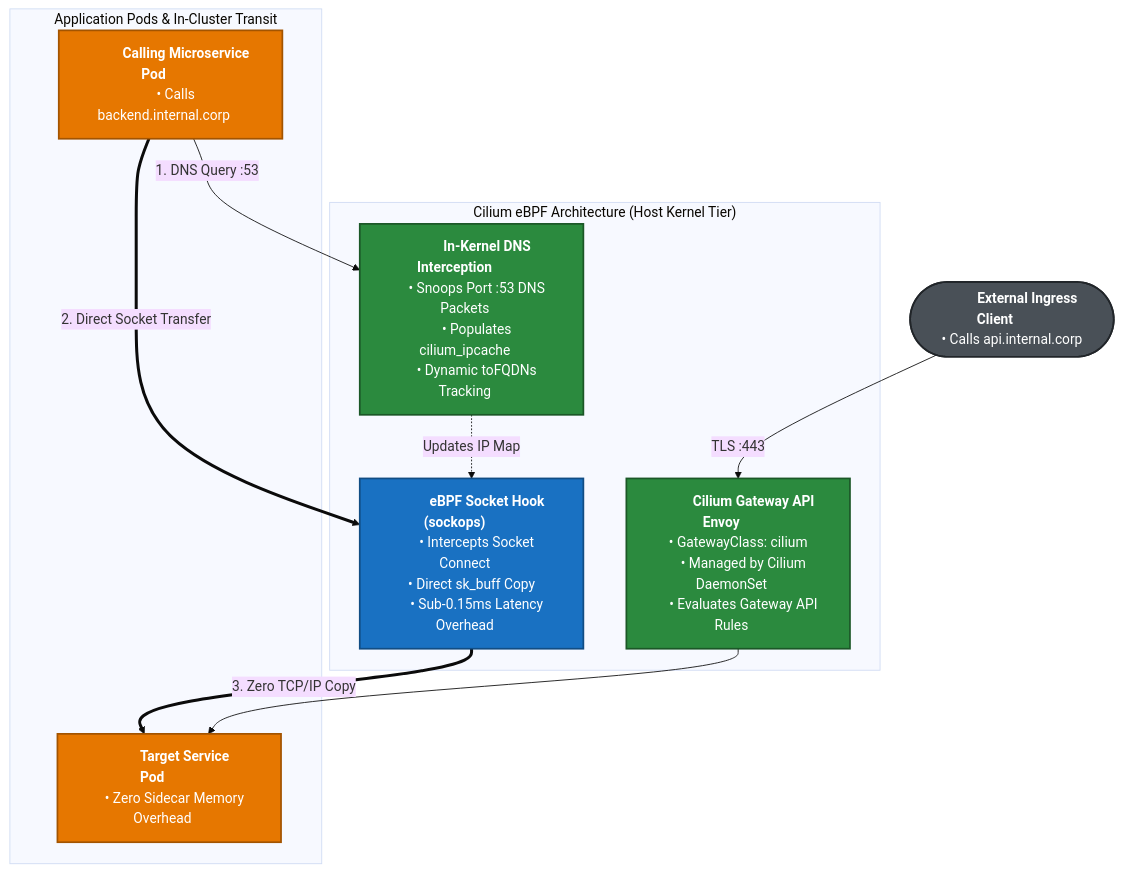
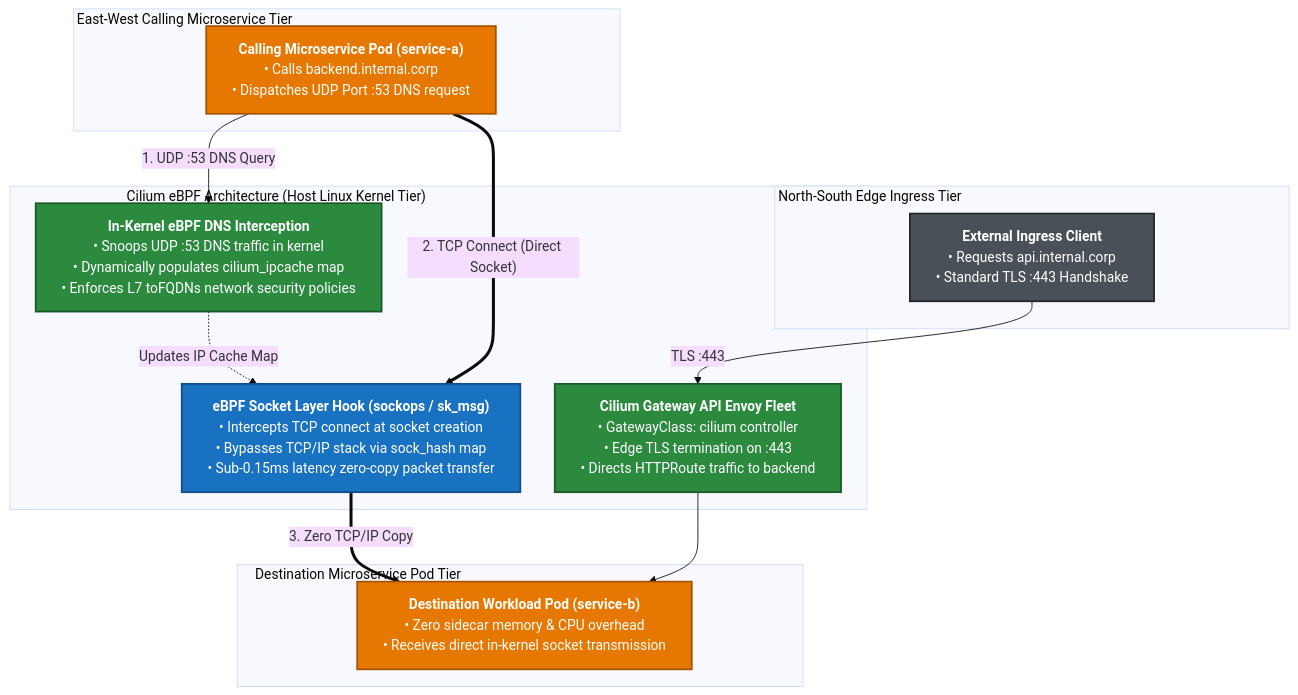
One commit to nubenetes/cloudnative-ingress-mesh-lab changed the fifth of 6 diagrams in docs/GATEWAY_API_WITHOUT_TRAEFIK.md. Above: the diagram before and after it, drawn with Mermaid (base theme). The commit also changed other lines of this file, not shown here.

Commit message:
docs(gateway-api): fix diagrams with wrappingWidth/hexagons, deepen Cilium encryption analysis, and add 2026-2027 maturity matrix

````diff
--- a/docs/GATEWAY_API_WITHOUT_TRAEFIK.md
+++ b/docs/GATEWAY_API_WITHOUT_TRAEFIK.md
@@ -517,34 +542,41 @@
 ```mermaid
+%%{init: {"flowchart": {"wrappingWidth": 450, "nodeSpacing": 40, "rankSpacing": 40}}}%%
 flowchart TD
-    ExtClient(["&nbsp;&nbsp;&nbsp;&nbsp;&nbsp;&nbsp;&nbsp;&nbsp;&nbsp;&nbsp;<b>External Ingress Client</b>&nbsp;&nbsp;&nbsp;&nbsp;&nbsp;&nbsp;&nbsp;&nbsp;&nbsp;&nbsp;<br/>&nbsp;&nbsp;&nbsp;&nbsp;• Calls api.internal.corp&nbsp;&nbsp;&nbsp;&nbsp;"]) -->|"TLS :443"| CiliumGW
-
-    subgraph CiliumPlane ["&nbsp;&nbsp;&nbsp;&nbsp;&nbsp;&nbsp;&nbsp;&nbsp;&nbsp;&nbsp;&nbsp;&nbsp;Cilium eBPF Architecture (Host Kernel Tier)&nbsp;&nbsp;&nbsp;&nbsp;&nbsp;&nbsp;&nbsp;&nbsp;&nbsp;&nbsp;&nbsp;&nbsp;"]
-        CiliumGW["&nbsp;&nbsp;&nbsp;&nbsp;&nbsp;&nbsp;&nbsp;&nbsp;&nbsp;&nbsp;<b>Cilium Gateway API Envoy</b>&nbsp;&nbsp;&nbsp;&nbsp;&nbsp;&nbsp;&nbsp;&nbsp;&nbsp;&nbsp;<br/>&nbsp;&nbsp;&nbsp;&nbsp;• GatewayClass: cilium&nbsp;&nbsp;&nbsp;&nbsp;<br/>&nbsp;&nbsp;&nbsp;&nbsp;• Managed by Cilium DaemonSet&nbsp;&nbsp;&nbsp;&nbsp;<br/>&nbsp;&nbsp;&nbsp;&nbsp;• Evaluates Gateway API Rules&nbsp;&nbsp;&nbsp;&nbsp;"]
-        
-        KernelHook["&nbsp;&nbsp;&nbsp;&nbsp;&nbsp;&nbsp;&nbsp;&nbsp;&nbsp;&nbsp;<b>eBPF Socket Hook (sockops)</b>&nbsp;&nbsp;&nbsp;&nbsp;&nbsp;&nbsp;&nbsp;&nbsp;&nbsp;&nbsp;<br/>&nbsp;&nbsp;&nbsp;&nbsp;• Intercepts Socket Connect&nbsp;&nbsp;&nbsp;&nbsp;<br/>&nbsp;&nbsp;&nbsp;&nbsp;• Direct sk_buff Copy&nbsp;&nbsp;&nbsp;&nbsp;<br/>&nbsp;&nbsp;&nbsp;&nbsp;• Sub-0.15ms Latency Overhead&nbsp;&nbsp;&nbsp;&nbsp;"]
-        
-        DNSProxy["&nbsp;&nbsp;&nbsp;&nbsp;&nbsp;&nbsp;&nbsp;&nbsp;&nbsp;&nbsp;<b>In-Kernel DNS Interception</b>&nbsp;&nbsp;&nbsp;&nbsp;&nbsp;&nbsp;&nbsp;&nbsp;&nbsp;&nbsp;<br/>&nbsp;&nbsp;&nbsp;&nbsp;• Snoops Port :53 DNS Packets&nbsp;&nbsp;&nbsp;&nbsp;<br/>&nbsp;&nbsp;&nbsp;&nbsp;• Populates cilium_ipcache&nbsp;&nbsp;&nbsp;&nbsp;<br/>&nbsp;&nbsp;&nbsp;&nbsp;• Dynamic toFQDNs Tracking&nbsp;&nbsp;&nbsp;&nbsp;"]
+    subgraph IngressTier ["North-South Edge Ingress Tier&nbsp;&nbsp;&nbsp;&nbsp;&nbsp;&nbsp;&nbsp;&nbsp;&nbsp;&nbsp;&nbsp;&nbsp;&nbsp;&nbsp;&nbsp;&nbsp;&nbsp;&nbsp;&nbsp;&nbsp;&nbsp;&nbsp;&nbsp;&nbsp;&nbsp;&nbsp;&nbsp;&nbsp;&nbsp;&nbsp;&nbsp;&nbsp;&nbsp;&nbsp;&nbsp;&nbsp;&nbsp;&nbsp;&nbsp;&nbsp;&nbsp;&nbsp;&nbsp;&nbsp;&nbsp;&nbsp;&nbsp;&nbsp;&nbsp;&nbsp;&nbsp;&nbsp;&nbsp;&nbsp;&nbsp;&nbsp;&nbsp;&nbsp;&nbsp;&nbsp;&nbsp;&nbsp;&nbsp;&nbsp;&nbsp;&nbsp;&nbsp;&nbsp;&nbsp;&nbsp;&nbsp;&nbsp;&nbsp;&nbsp;&nbsp;&nbsp;&nbsp;&nbsp;&nbsp;&nbsp;&nbsp;&nbsp;&nbsp;&nbsp;&nbsp;&nbsp;&nbsp;&nbsp;&nbsp;&nbsp;&nbsp;&nbsp;&nbsp;&nbsp;&nbsp;"]
+        ExtClient["<b>External Ingress Client</b><br/>• Requests api.internal.corp<br/>• Standard TLS :443 Handshake"]
     end
 
-    subgraph WorkloadTier ["&nbsp;&nbsp;&nbsp;&nbsp;&nbsp;&nbsp;&nbsp;&nbsp;&nbsp;&nbsp;&nbsp;&nbsp;Application Pods & In-Cluster Transit&nbsp;&nbsp;&nbsp;&nbsp;&nbsp;&nbsp;&nbsp;&nbsp;&nbsp;&nbsp;&nbsp;&nbsp;"]
-        PodA["&nbsp;&nbsp;&nbsp;&nbsp;&nbsp;&nbsp;&nbsp;&nbsp;&nbsp;&nbsp;<b>Calling Microservice Pod</b>&nbsp;&nbsp;&nbsp;&nbsp;&nbsp;&nbsp;&nbsp;&nbsp;&nbsp;&nbsp;<br/>&nbsp;&nbsp;&nbsp;&nbsp;• Calls backend.internal.corp&nbsp;&nbsp;&nbsp;&nbsp;"]
-        
-        PodB["&nbsp;&nbsp;&nbsp;&nbsp;&nbsp;&nbsp;&nbsp;&nbsp;&nbsp;&nbsp;<b>Target Service Pod</b>&nbsp;&nbsp;&nbsp;&nbsp;&nbsp;&nbsp;&nbsp;&nbsp;&nbsp;&nbsp;<br/>&nbsp;&nbsp;&nbsp;&nbsp;• Zero Sidecar Memory Overhead&nbsp;&nbsp;&nbsp;&nbsp;"]
-        
-        PodA -->|"1. DNS Query :53"| DNSProxy
-        DNSProxy -.->|"Updates IP Map"| KernelHook
-        PodA ==>|"2. Direct Socket Transfer"| KernelHook
-        KernelHook ==>|"3. Zero TCP/IP Copy"| PodB
-        CiliumGW --> PodB
+    subgraph ClientWorkloadTier ["East-West Calling Microservice Tier&nbsp;&nbsp;&nbsp;&nbsp;&nbsp;&nbsp;&nbsp;&nbsp;&nbsp;&nbsp;&nbsp;&nbsp;&nbsp;&nbsp;&nbsp;&nbsp;&nbsp;&nbsp;&nbsp;&nbsp;&nbsp;&nbsp;&nbsp;&nbsp;&nbsp;&nbsp;&nbsp;&nbsp;&nbsp;&nbsp;&nbsp;&nbsp;&nbsp;&nbsp;&nbsp;&nbsp;&nbsp;&nbsp;&nbsp;&nbsp;&nbsp;&nbsp;&nbsp;&nbsp;&nbsp;&nbsp;&nbsp;&nbsp;&nbsp;&nbsp;&nbsp;&nbsp;&nbsp;&nbsp;&nbsp;&nbsp;&nbsp;&nbsp;&nbsp;&nbsp;&nbsp;&nbsp;&nbsp;&nbsp;&nbsp;&nbsp;&nbsp;&nbsp;&nbsp;&nbsp;&nbsp;&nbsp;&nbsp;&nbsp;&nbsp;&nbsp;&nbsp;&nbsp;&nbsp;&nbsp;&nbsp;&nbsp;&nbsp;&nbsp;&nbsp;&nbsp;&nbsp;&nbsp;&nbsp;&nbsp;&nbsp;&nbsp;&nbsp;&nbsp;&nbsp;"]
+        PodA["<b>Calling Microservice Pod (service-a)</b><br/>• Calls backend.internal.corp<br/>• Dispatches UDP Port :53 DNS request"]
     end
 
-    classDef client fill:#495057,stroke:#212529,stroke-width:2px,color:#fff;
-    classDef cilium fill:#2b8a3e,stroke:#1b5727,stroke-width:2px,color:#fff;
-    classDef hook fill:#1971c2,stroke:#114d84,stroke-width:2px,color:#fff;
-    classDef app fill:#e67700,stroke:#a35400,stroke-width:2px,color:#fff;
+    subgraph CiliumPlane ["Cilium eBPF Architecture (Host Linux Kernel Tier)&nbsp;&nbsp;&nbsp;&nbsp;&nbsp;&nbsp;&nbsp;&nbsp;&nbsp;&nbsp;&nbsp;&nbsp;&nbsp;&nbsp;&nbsp;&nbsp;&nbsp;&nbsp;&nbsp;&nbsp;&nbsp;&nbsp;&nbsp;&nbsp;&nbsp;&nbsp;&nbsp;&nbsp;&nbsp;&nbsp;&nbsp;&nbsp;&nbsp;&nbsp;&nbsp;&nbsp;&nbsp;&nbsp;&nbsp;&nbsp;&nbsp;&nbsp;&nbsp;&nbsp;&nbsp;&nbsp;&nbsp;&nbsp;&nbsp;&nbsp;&nbsp;&nbsp;&nbsp;&nbsp;&nbsp;&nbsp;&nbsp;&nbsp;&nbsp;&nbsp;&nbsp;&nbsp;&nbsp;&nbsp;&nbsp;&nbsp;&nbsp;&nbsp;&nbsp;&nbsp;&nbsp;&nbsp;&nbsp;&nbsp;&nbsp;&nbsp;&nbsp;&nbsp;&nbsp;&nbsp;&nbsp;&nbsp;&nbsp;&nbsp;&nbsp;&nbsp;&nbsp;&nbsp;&nbsp;&nbsp;&nbsp;&nbsp;&nbsp;&nbsp;&nbsp;"]
+        CiliumGW["<b>Cilium Gateway API Envoy Fleet</b><br/>• GatewayClass: cilium controller<br/>• Edge TLS termination on :443<br/>• Directs HTTPRoute traffic to backend"]
+        
+        DNSProxy["<b>In-Kernel eBPF DNS Interception</b><br/>• Snoops UDP :53 DNS traffic in kernel<br/>• Dynamically populates cilium_ipcache map<br/>• Enforces L7 toFQDNs network security policies"]
+        
+        KernelHook["<b>eBPF Socket Layer Hook (sockops / sk_msg)</b><br/>• Intercepts TCP connect at socket creation<br/>• Bypasses TCP/IP stack via sock_hash map<br/>• Sub-0.15ms latency zero-copy packet transfer"]
+
+        DNSProxy -.->|"Updates IP Cache Map"| KernelHook
+    end
+
+    subgraph TargetWorkloadTier ["Destination Microservice Pod Tier&nbsp;&nbsp;&nbsp;&nbsp;&nbsp;&nbsp;&nbsp;&nbsp;&nbsp;&nbsp;&nbsp;&nbsp;&nbsp;&nbsp;&nbsp;&nbsp;&nbsp;&nbsp;&nbsp;&nbsp;&nbsp;&nbsp;&nbsp;&nbsp;&nbsp;&nbsp;&nbsp;&nbsp;&nbsp;&nbsp;&nbsp;&nbsp;&nbsp;&nbsp;&nbsp;&nbsp;&nbsp;&nbsp;&nbsp;&nbsp;&nbsp;&nbsp;&nbsp;&nbsp;&nbsp;&nbsp;&nbsp;&nbsp;&nbsp;&nbsp;&nbsp;&nbsp;&nbsp;&nbsp;&nbsp;&nbsp;&nbsp;&nbsp;&nbsp;&nbsp;&nbsp;&nbsp;&nbsp;&nbsp;&nbsp;&nbsp;&nbsp;&nbsp;&nbsp;&nbsp;&nbsp;&nbsp;&nbsp;&nbsp;&nbsp;&nbsp;&nbsp;&nbsp;&nbsp;&nbsp;&nbsp;&nbsp;&nbsp;&nbsp;&nbsp;&nbsp;&nbsp;&nbsp;&nbsp;&nbsp;&nbsp;&nbsp;&nbsp;&nbsp;&nbsp;"]
+        PodB["<b>Destination Workload Pod (service-b)</b><br/>• Zero sidecar memory & CPU overhead<br/>• Receives direct in-kernel socket transmission"]
+    end
+
+    ExtClient -->|"TLS :443"| CiliumGW
+    PodA -->|"1. UDP :53 DNS Query"| DNSProxy
+    PodA ==>|"2. TCP Connect (Direct Socket)"| KernelHook
+    KernelHook ==>|"3. Zero TCP/IP Copy"| PodB
+    CiliumGW --> PodB
+
+    classDef client fill:#495057,stroke:#212529,stroke-width:2px,color:#fff,min-width:280px;
+    classDef cilium fill:#2b8a3e,stroke:#1b5727,stroke-width:2px,color:#fff,min-width:280px;
+    classDef hook fill:#1971c2,stroke:#114d84,stroke-width:2px,color:#fff,min-width:280px;
+    classDef app fill:#e67700,stroke:#a35400,stroke-width:2px,color:#fff,min-width:280px;
 
     class ExtClient client;
     class CiliumGW,DNSProxy cilium;
     class KernelHook hook;
     class PodA,PodB app;
 ```
````
